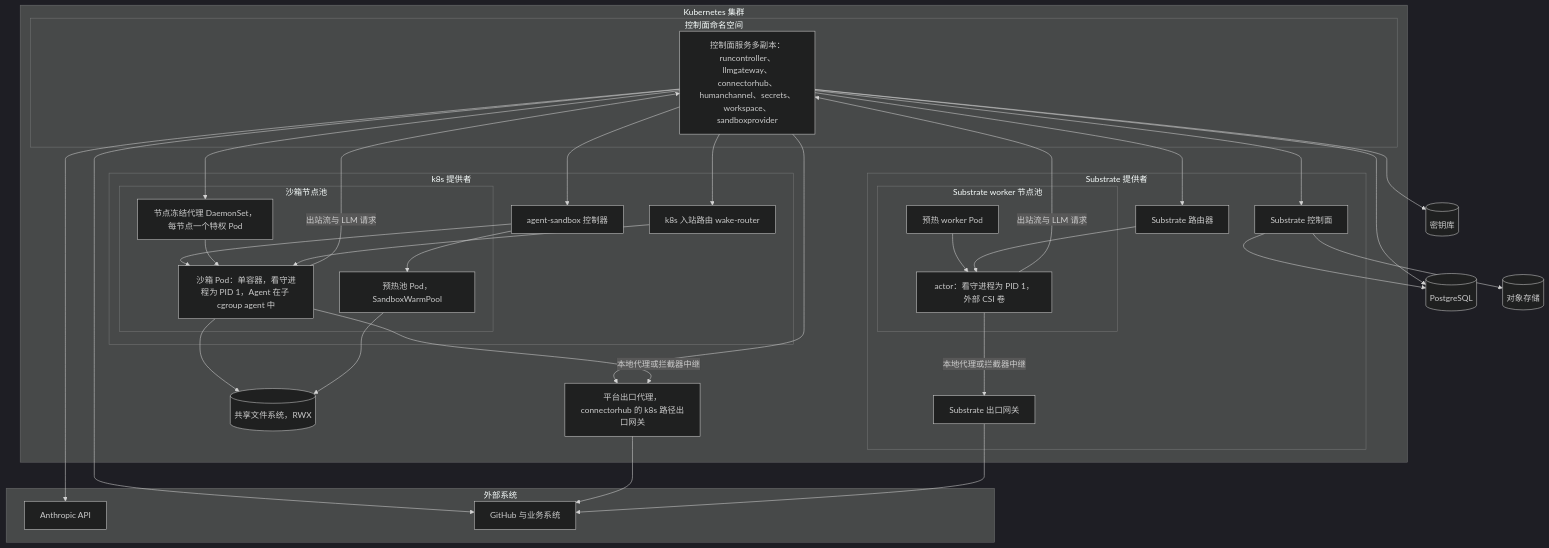
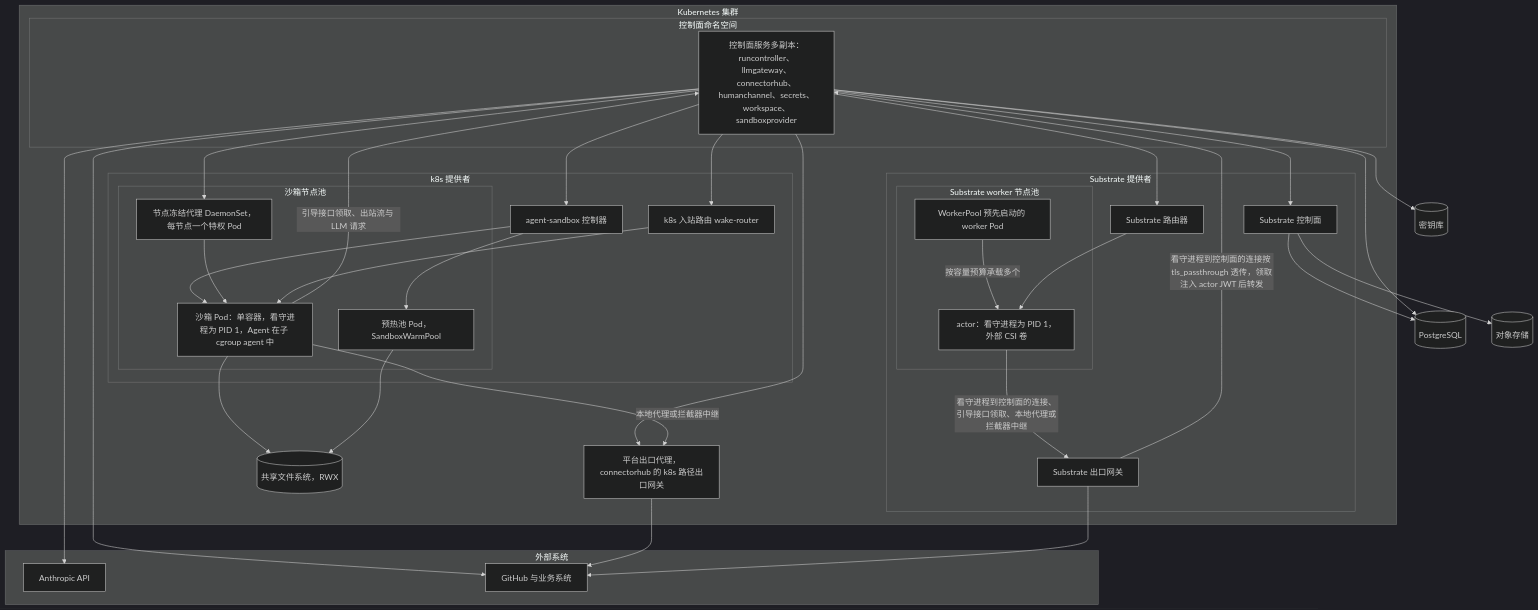
The fourth of 8 diagrams in docs/design/architecture.md (wangzw/castworks), drawn with Mermaid (dark theme) before and after one commit. The commit also changed other lines of this file and 37 other files, not shown here.

````diff
--- a/docs/design/architecture.md
+++ b/docs/design/architecture.md
@@ -247,61 +254,61 @@
 ```mermaid
 graph TD
     subgraph cluster["Kubernetes 集群"]
         subgraph cpns["控制面命名空间"]
             cpsvc["控制面服务多副本：runcontroller、llmgateway、connectorhub、humanchannel、secrets、workspace、sandboxprovider"]
         end
         eproxy["平台出口代理，connectorhub 的 k8s 路径出口网关"]
         subgraph k8sprov["k8s 提供者"]
             asc["agent-sandbox 控制器"]
             k8srouter["k8s 入站路由 wake-router"]
             subgraph sbpool["沙箱节点池"]
                 nfa["节点冻结代理 DaemonSet，每节点一个特权 Pod"]
                 sbpod["沙箱 Pod：单容器，看守进程为 PID 1，Agent 在子 cgroup agent 中"]
                 warm["预热池 Pod，SandboxWarmPool"]
             end
         end
         subgraph subprov["Substrate 提供者"]
             scp["Substrate 控制面"]
             router["Substrate 路由器"]
             egw["Substrate 出口网关"]
             subgraph wpool["Substrate worker 节点池"]
-                worker["预热 worker Pod"]
+                worker["WorkerPool 预先启动的 worker Pod"]
                 actor["actor：看守进程为 PID 1，外部 CSI 卷"]
             end
         end
         sharedfs[("共享文件系统，RWX")]
     end
     pg[("PostgreSQL")]
     obj[("对象存储")]
     vault[("密钥库")]
     subgraph ext["外部系统"]
         anthropic["Anthropic API"]
         github["GitHub 与业务系统"]
     end
     cpsvc --> pg
     cpsvc --> vault
     cpsvc --> anthropic
     cpsvc --> github
     cpsvc --> asc
     cpsvc --> nfa
     cpsvc --> k8srouter
     cpsvc --> eproxy
     cpsvc --> scp
     cpsvc --> router
     asc --> sbpod
     asc --> warm
     nfa --> sbpod
     k8srouter --> sbpod
     sbpod --> sharedfs
     warm --> sharedfs
-    sbpod -->|"出站流与 LLM 请求"| cpsvc
+    sbpod -->|"引导接口领取、出站流与 LLM 请求"| cpsvc
     sbpod -->|"本地代理或拦截器中继"| eproxy
     eproxy --> github
-    worker --> actor
+    worker -->|"按容量预算承载多个"| actor
     router --> actor
-    actor -->|"出站流与 LLM 请求"| cpsvc
-    actor -->|"本地代理或拦截器中继"| egw
+    actor -->|"看守进程到控制面的连接、引导接口领取、本地代理或拦截器中继"| egw
+    egw -->|"看守进程到控制面的连接按 tls_passthrough 透传，领取注入 actor JWT 后转发"| cpsvc
     egw --> github
     scp --> obj
     scp --> pg
 ```
````
